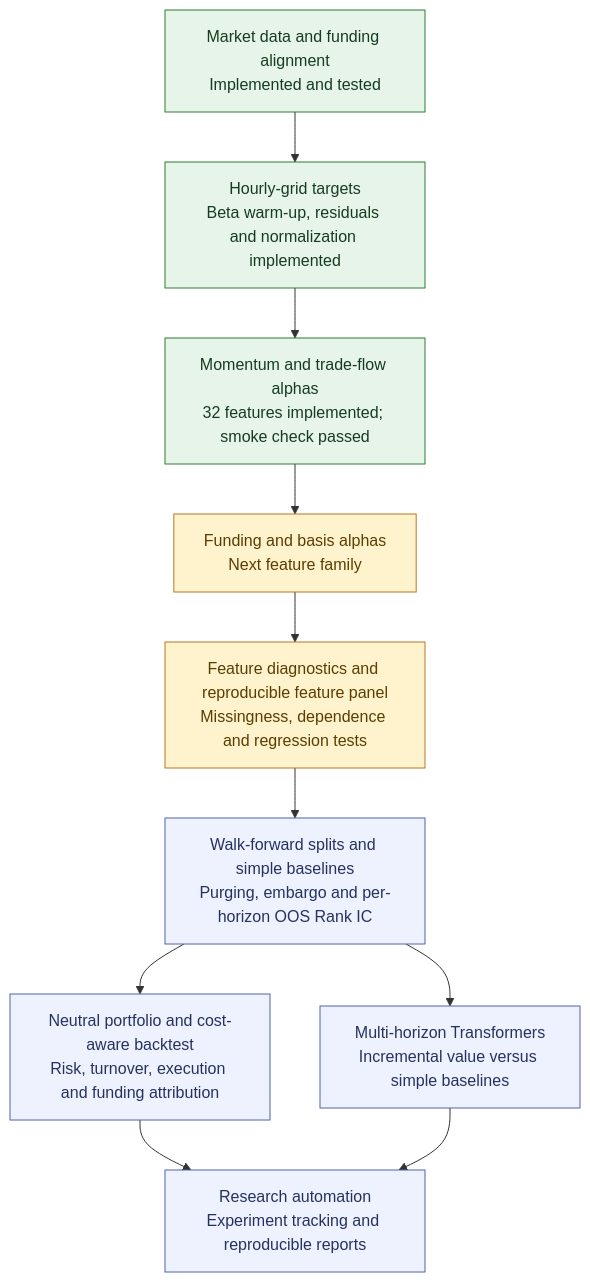
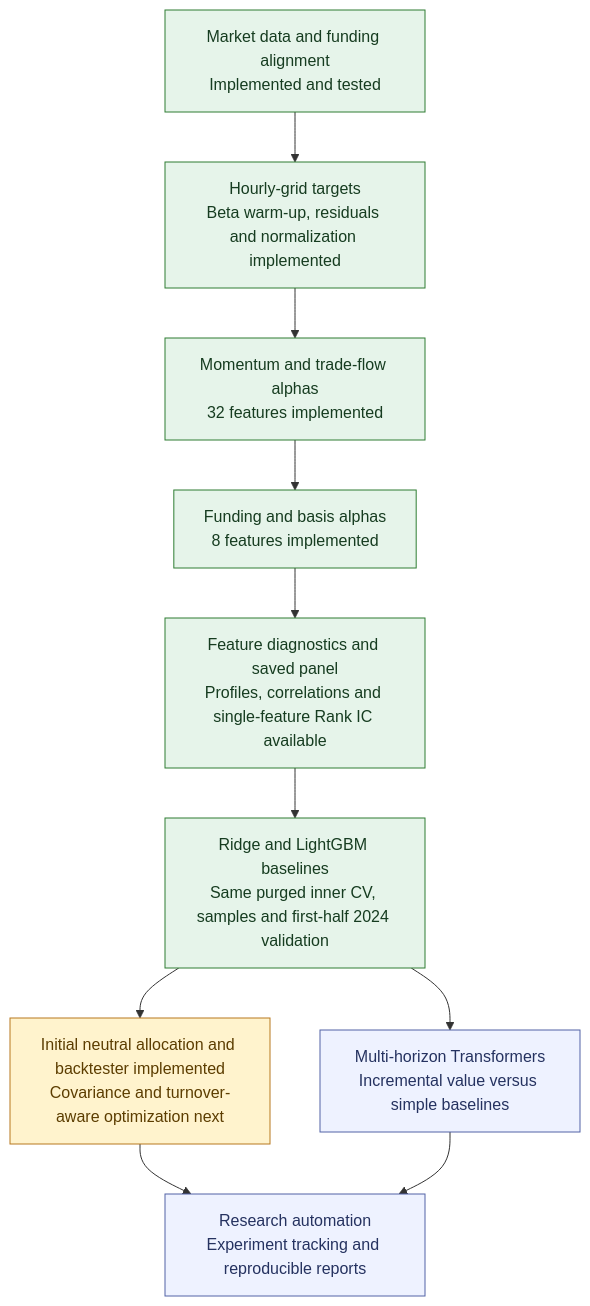
One commit to RyanHou0303/QIT changed the diagram in README.md. Above: the diagram before and after it, drawn with Mermaid. The commit also changed other lines of this file and 15 other files, not shown here.

````diff
--- a/README.md
+++ b/README.md
@@ -127,25 +191,25 @@
 ```mermaid
 flowchart TD
     A["Market data and funding alignment<br/>Implemented and tested"]
     B["Hourly-grid targets<br/>Beta warm-up, residuals and normalization implemented"]
-    C["Momentum and trade-flow alphas<br/>32 features implemented; smoke check passed"]
-    D["Funding and basis alphas<br/>Next feature family"]
-    E["Feature diagnostics and reproducible feature panel<br/>Missingness, dependence and regression tests"]
-    F["Walk-forward splits and simple baselines<br/>Purging, embargo and per-horizon OOS Rank IC"]
-    G["Neutral portfolio and cost-aware backtest<br/>Risk, turnover, execution and funding attribution"]
+    C["Momentum and trade-flow alphas<br/>32 features implemented"]
+    D["Funding and basis alphas<br/>8 features implemented"]
+    E["Feature diagnostics and saved panel<br/>Profiles, correlations and single-feature Rank IC available"]
+    F["Ridge and LightGBM baselines<br/>Same purged inner CV, samples and first-half 2024 validation"]
+    G["Initial neutral allocation and backtester implemented<br/>Covariance and turnover-aware optimization next"]
     H["Multi-horizon Transformers<br/>Incremental value versus simple baselines"]
     I["Research automation<br/>Experiment tracking and reproducible reports"]
 
     A --> B --> C --> D --> E --> F
     F --> G
     F --> H
     G --> I
     H --> I
 
     classDef implemented fill:#e6f4ea,stroke:#2e7d32,color:#163c20;
     classDef next fill:#fff3cd,stroke:#b7791f,color:#5c3d00;
     classDef planned fill:#eef2ff,stroke:#5263a6,color:#253260;
-    class A,B,C implemented;
-    class D,E next;
-    class F,G,H,I planned;
+    class A,B,C,D,E,F implemented;
+    class G next;
+    class H,I planned;
 ```
````
